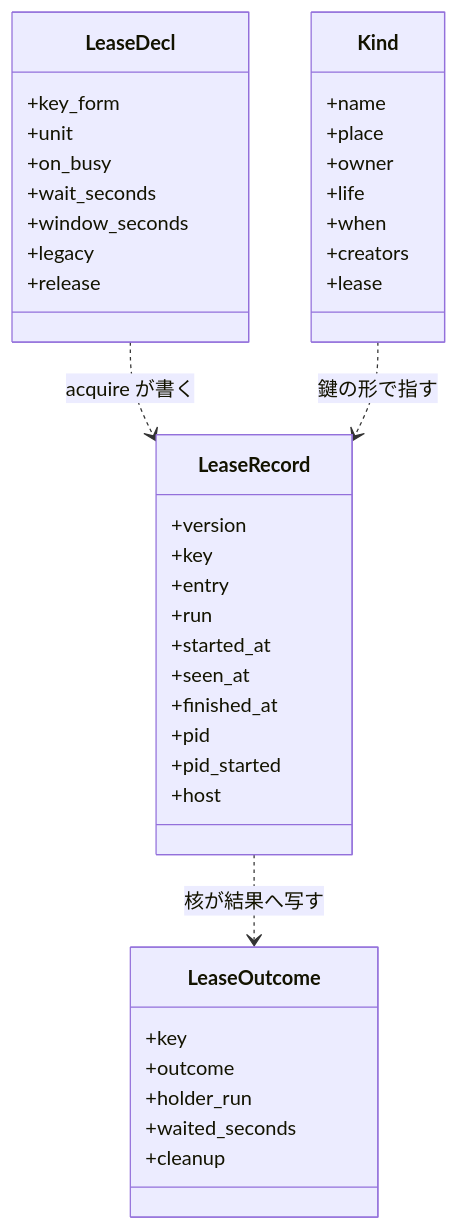
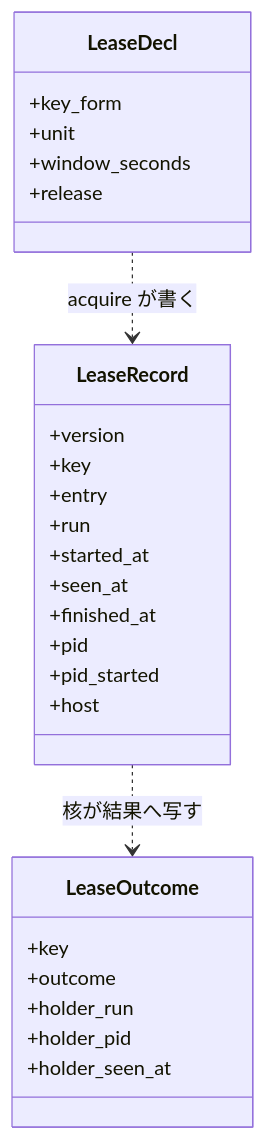
The third of 7 diagrams in issues/issue-2342-design.md (devbasex/ai-plugins), drawn with Mermaid before and after one commit. The commit also changed other lines of this file and 5 other files, not shown here.

````diff
--- a/issues/issue-2342-design.md
+++ b/issues/issue-2342-design.md
@@ -235,43 +198,30 @@
 ```mermaid
 classDiagram
     class LeaseDecl {
         +key_form
         +unit
-        +on_busy
-        +wait_seconds
         +window_seconds
-        +legacy
         +release
     }
     class LeaseRecord {
         +version
         +key
         +entry
         +run
         +started_at
         +seen_at
         +finished_at
         +pid
         +pid_started
         +host
     }
     class LeaseOutcome {
         +key
         +outcome
         +holder_run
-        +waited_seconds
-        +cleanup
-    }
-    class Kind {
-        +name
-        +place
-        +owner
-        +life
-        +when
-        +creators
-        +lease
+        +holder_pid
+        +holder_seen_at
     }
     LeaseDecl ..> LeaseRecord : acquire が書く
     LeaseRecord ..> LeaseOutcome : 核が結果へ写す
-    Kind ..> LeaseRecord : 鍵の形で指す
 ```
````
